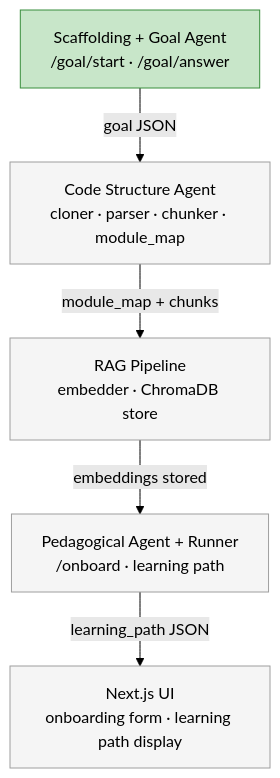
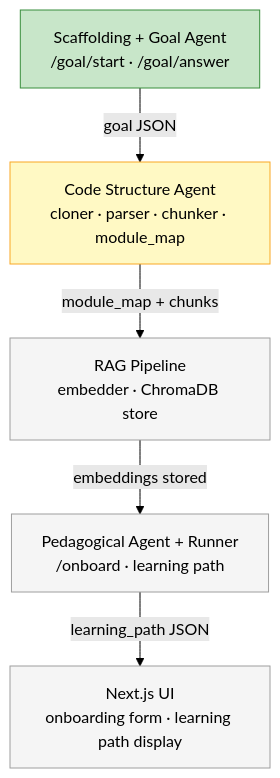
One commit to talziv2/CodeOnboard changed the diagram in docs/phase1.md. Above: the diagram before and after it, drawn with Mermaid (forest theme). The commit also changed other lines of this file and 7 other files, not shown here.

````diff
--- a/docs/phase1.md
+++ b/docs/phase1.md
@@ -11,19 +11,19 @@
 ```mermaid
 graph TB
     P1["Scaffolding + Goal Agent<br/>/goal/start · /goal/answer"]
     P2["Code Structure Agent<br/>cloner · parser · chunker · module_map"]
     P3["RAG Pipeline<br/>embedder · ChromaDB store"]
     P4["Pedagogical Agent + Runner<br/>/onboard · learning path"]
     P5["Next.js UI<br/>onboarding form · learning path display"]
 
     P1 -->|"goal JSON"| P2
     P2 -->|"module_map + chunks"| P3
     P3 -->|"embeddings stored"| P4
     P4 -->|"learning_path JSON"| P5
 
     style P1 fill:#c8e6c9,stroke:#388e3c
-    style P2 fill:#f5f5f5,stroke:#9e9e9e
+    style P2 fill:#fff9c4,stroke:#f9a825
     style P3 fill:#f5f5f5,stroke:#9e9e9e
     style P4 fill:#f5f5f5,stroke:#9e9e9e
     style P5 fill:#f5f5f5,stroke:#9e9e9e
 ```
````
